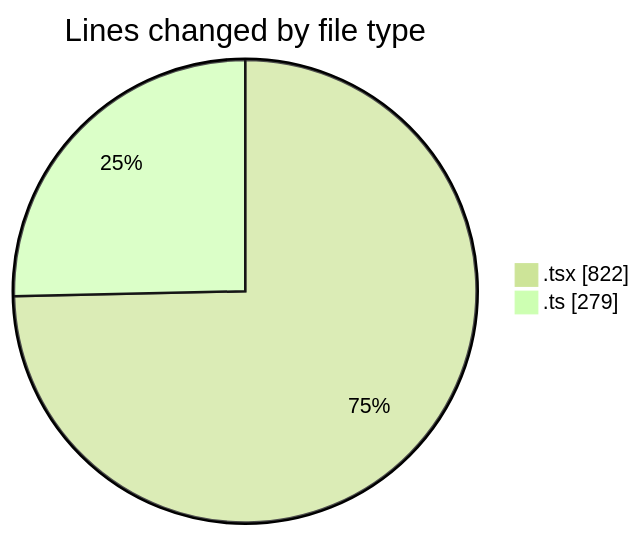
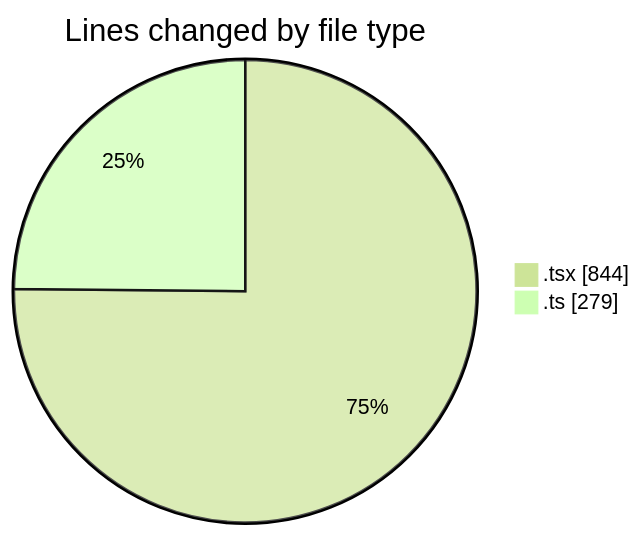
Before and after one commit to nxtqubesakshisongat/code-tracking: the first of 2 diagrams in 2026-04-19/airfeed-analytics-dashboard/README.md, drawn with Mermaid (forest theme). The commit also changed other lines of this file and 1 other file, not shown here.

````diff
--- a/2026-04-19/airfeed-analytics-dashboard/README.md
+++ b/2026-04-19/airfeed-analytics-dashboard/README.md
@@ -25,6 +25,6 @@
 ```mermaid
 pie showData
 title Lines changed by file type
-".tsx" : 822
+".tsx" : 844
 ".ts" : 279
 ```
````
